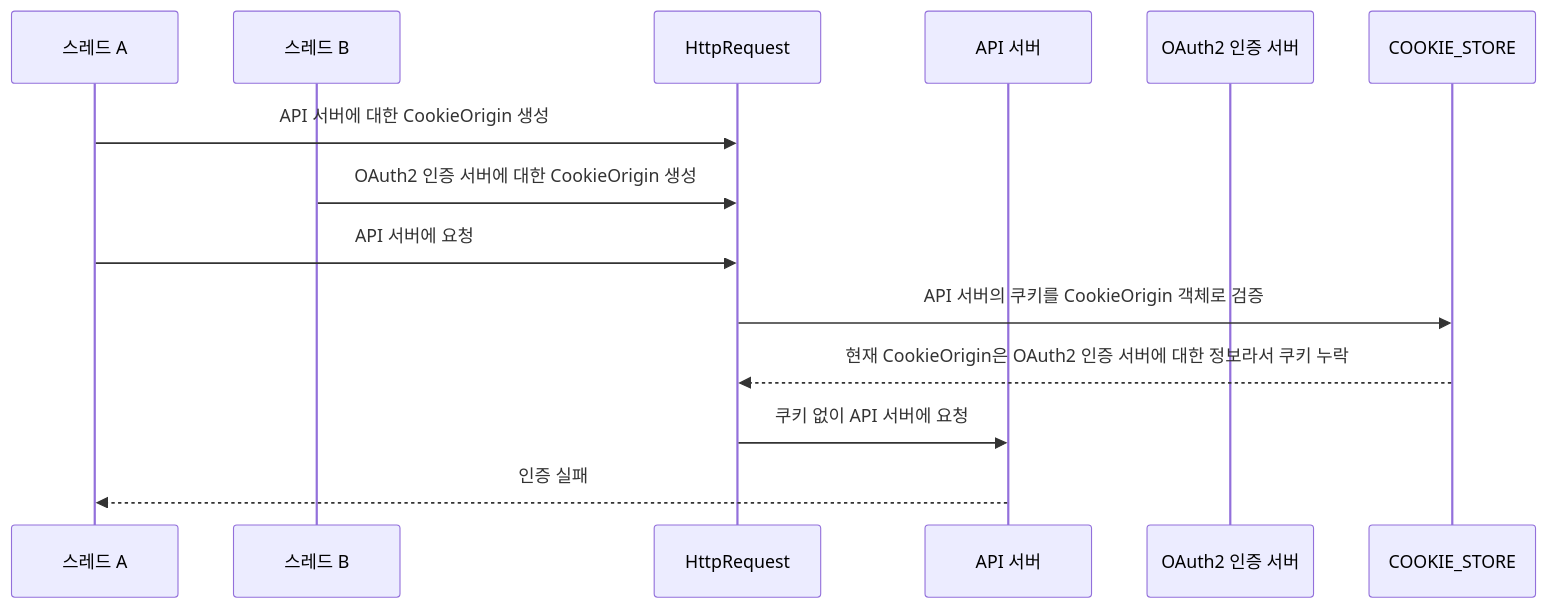
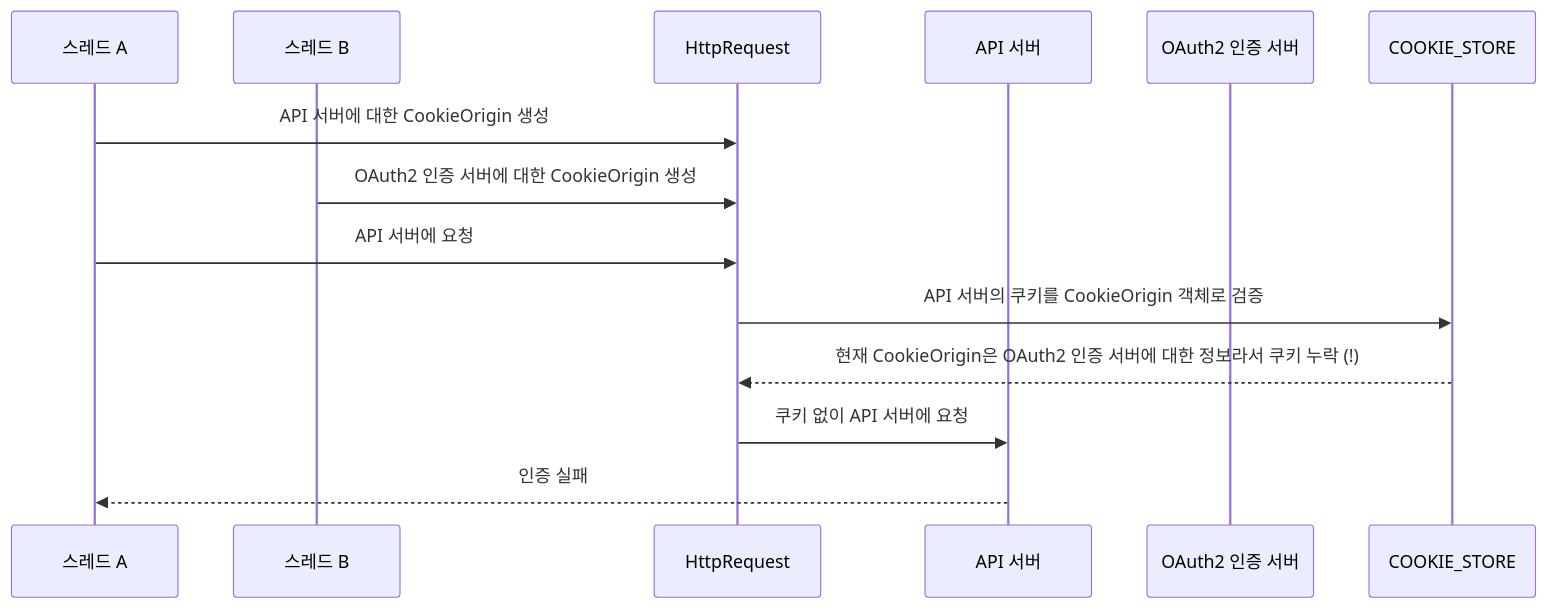
One commit to Hansanghyun-github/TIL changed the first of 2 diagrams in portfolio/nGrinder 부하 테스트 중 발생한 OAuth2 인증 문제 분석 및 해결.md. Above: the diagram before and after it, drawn with Mermaid. The commit also changed other lines of this file, not shown here.

````diff
--- a/portfolio/nGrinder 부하 테스트 중 발생한 OAuth2 인증 문제 분석 및 해결.md
+++ b/portfolio/nGrinder 부하 테스트 중 발생한 OAuth2 인증 문제 분석 및 해결.md
@@ -220,16 +220,16 @@
 ```mermaid
 sequenceDiagram
    participant A as 스레드 A
    participant B as 스레드 B
    participant HttpRequest as HttpRequest
    participant API as API 서버
    participant Mock as OAuth2 인증 서버
 
    A->>HttpRequest: API 서버에 대한 CookieOrigin 생성
    B->>HttpRequest: OAuth2 인증 서버에 대한 CookieOrigin 생성
    A->>HttpRequest: API 서버에 요청
    HttpRequest->>COOKIE_STORE: API 서버의 쿠키를 CookieOrigin 객체로 검증
-   COOKIE_STORE-->>HttpRequest: 현재 CookieOrigin은 OAuth2 인증 서버에 대한 정보라서 쿠키 누락
+   COOKIE_STORE-->>HttpRequest: 현재 CookieOrigin은 OAuth2 인증 서버에 대한 정보라서 쿠키 누락 (!)
    HttpRequest->>API: 쿠키 없이 API 서버에 요청
    API-->>A: 인증 실패
 ```
````
